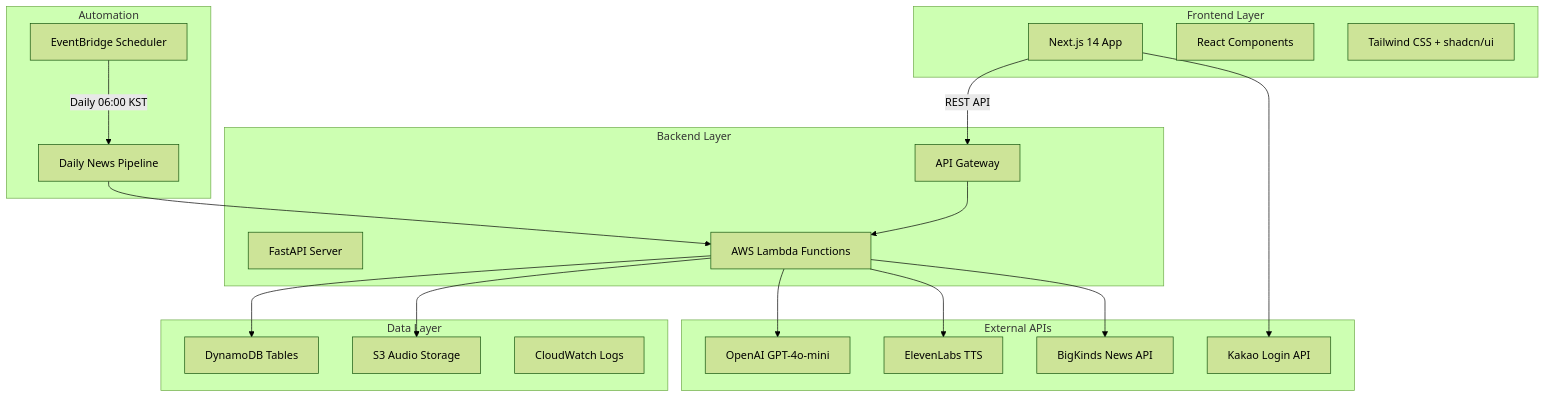
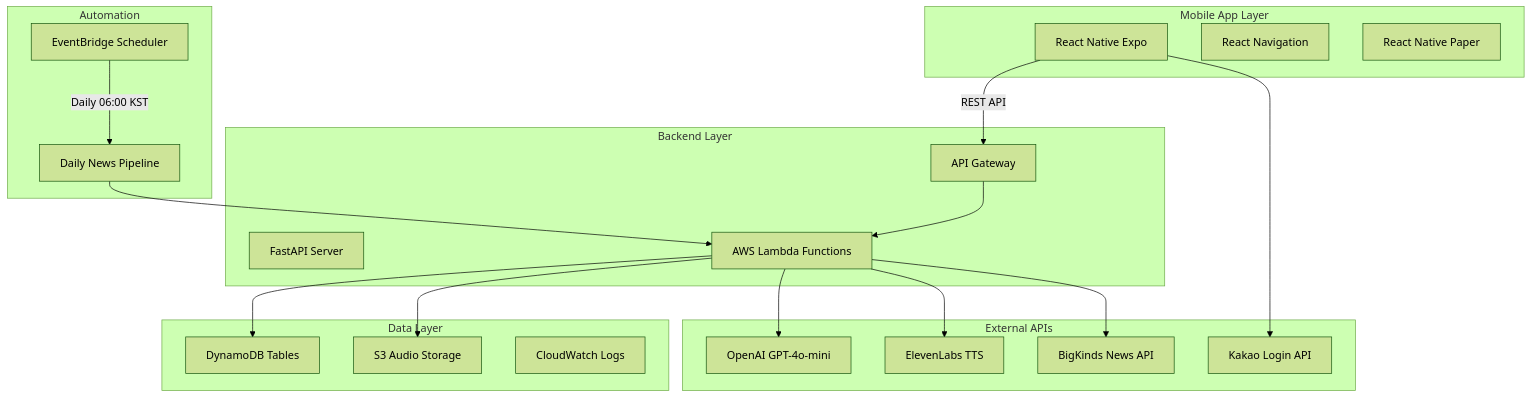
Before and after one commit to kk53451/Briefly: the diagram in README.md, drawn with Mermaid (forest theme). The commit also changed other lines of this file and 135 other files, not shown here.

Commit message:
migrate to react-native-expo

````diff
--- a/README.md
+++ b/README.md
@@ -39,43 +39,43 @@
 ```mermaid
 graph TB
-    subgraph "Frontend Layer"
-        A[Next.js 14 App]
-        B[React Components]
-        C[Tailwind CSS + shadcn/ui]
+    subgraph "Mobile App Layer"
+        A[React Native Expo]
+        B[React Navigation]
+        C[React Native Paper]
     end
     
     subgraph "Backend Layer"
         D[FastAPI Server]
         E[AWS Lambda Functions]
         F[API Gateway]
     end
     
     subgraph "Data Layer"
         G[DynamoDB Tables]
         H[S3 Audio Storage]
         I[CloudWatch Logs]
     end
     
     subgraph "External APIs"
         J[OpenAI GPT-4o-mini]
         K[ElevenLabs TTS]
         L[BigKinds News API]
         M[Kakao Login API]
     end
     
     subgraph "Automation"
         N[EventBridge Scheduler]
         O[Daily News Pipeline]
     end
     
     A -->|REST API| F
     F --> E
     E --> G
     E --> H
     E --> J
     E --> K
     E --> L
     A --> M
     N -->|Daily 06:00 KST| O
     O --> E
 ```
````
